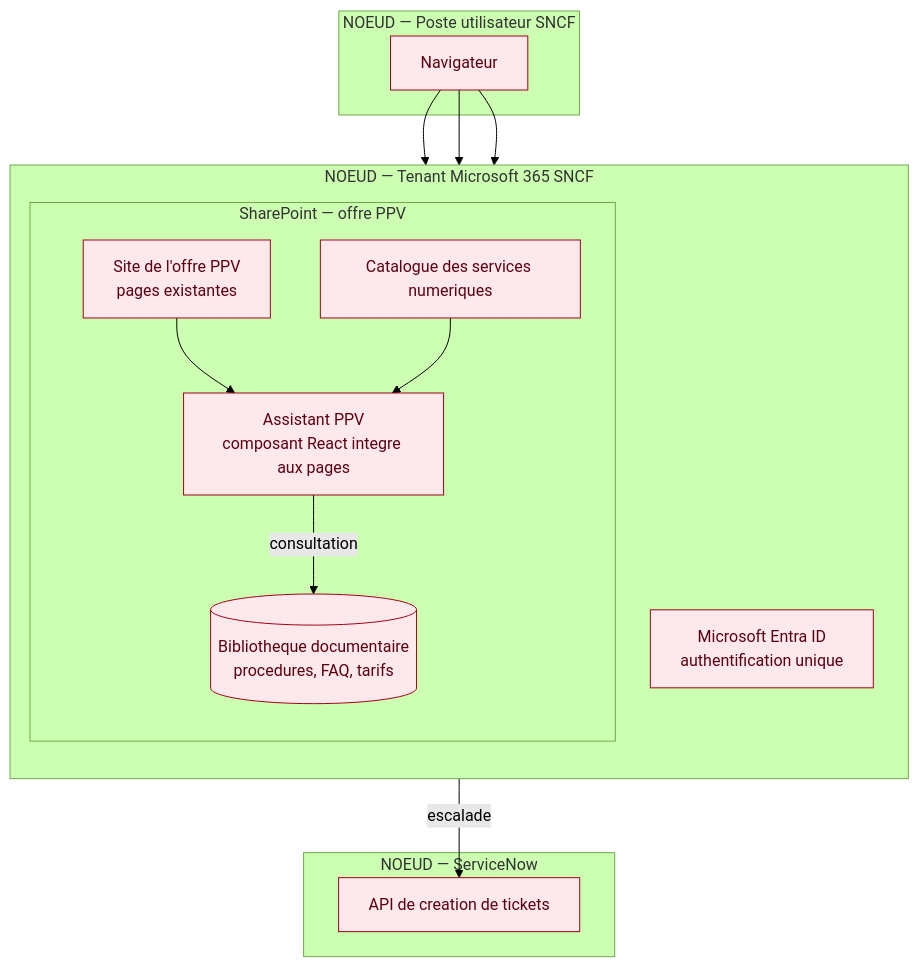
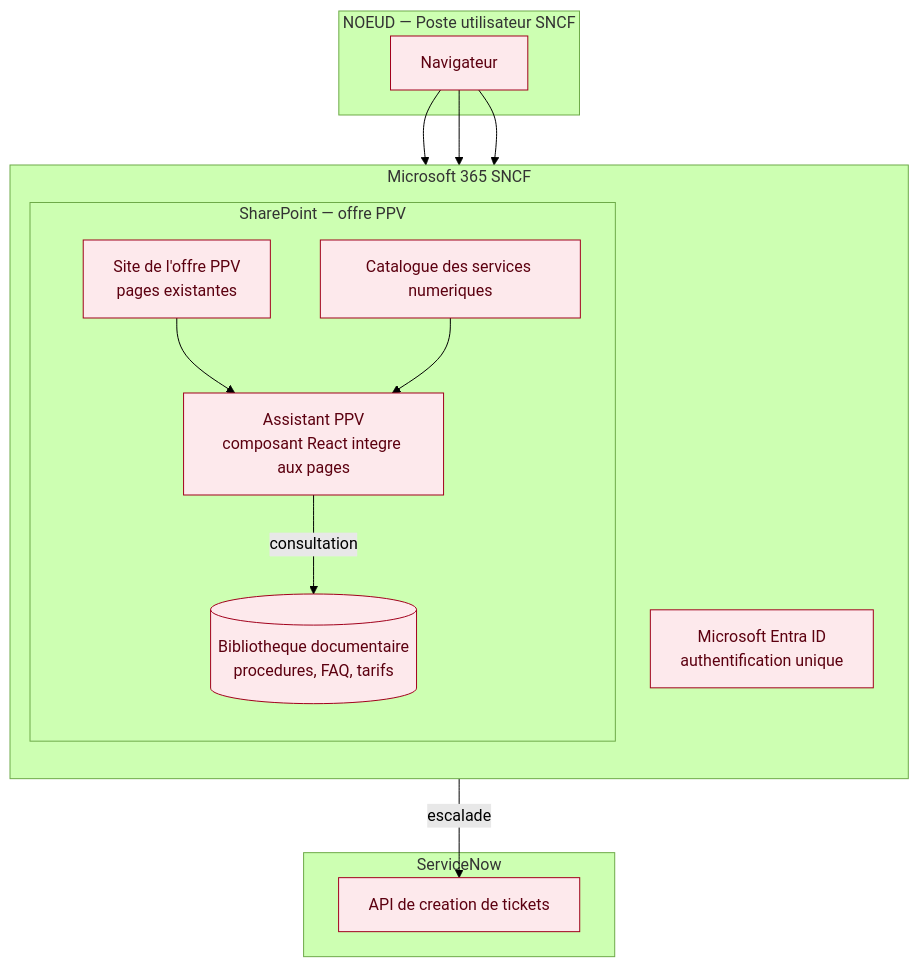
The second of 3 diagrams in 12bis-diagramme-deploiement.md (margotmc-web/Chatbot_PPV_BC07), drawn with Mermaid (forest theme) before and after one commit. The commit also changed other lines of this file, not shown here.

````diff
--- a/12bis-diagramme-deploiement.md
+++ b/12bis-diagramme-deploiement.md
@@ -58,32 +58,32 @@
 ```mermaid
 flowchart TB
     subgraph POSTE["NOEUD — Poste utilisateur SNCF"]
         U1["Navigateur"]
     end
 
-    subgraph M365["NOEUD — Tenant Microsoft 365 SNCF"]
+    subgraph M365["Microsoft 365 SNCF"]
         direction TB
         subgraph SP["SharePoint — offre PPV"]
             S1["Site de l'offre PPV<br/>pages existantes"]
             S4["Catalogue des services numeriques"]
             S2["Assistant PPV<br/>composant React integre aux pages"]
             S3[("Bibliotheque documentaire<br/>procedures, FAQ, tarifs")]
         end
         AD["Microsoft Entra ID<br/>authentification unique"]
     end
 
-    subgraph SN["NOEUD — ServiceNow"]
+    subgraph SN["ServiceNow"]
         T1["API de creation de tickets"]
     end
 
     U1 --> S1
     U1 --> S4
     S1 --> S2
     S4 --> S2
     U1 --> AD
     S2 -->|consultation| S3
     S2 -->|escalade| T1
 
     classDef todo fill:#fde9ec,stroke:#a1001c,color:#5c0010;
     class U1,S1,S4,S2,S3,AD,T1 todo
 ```
````
